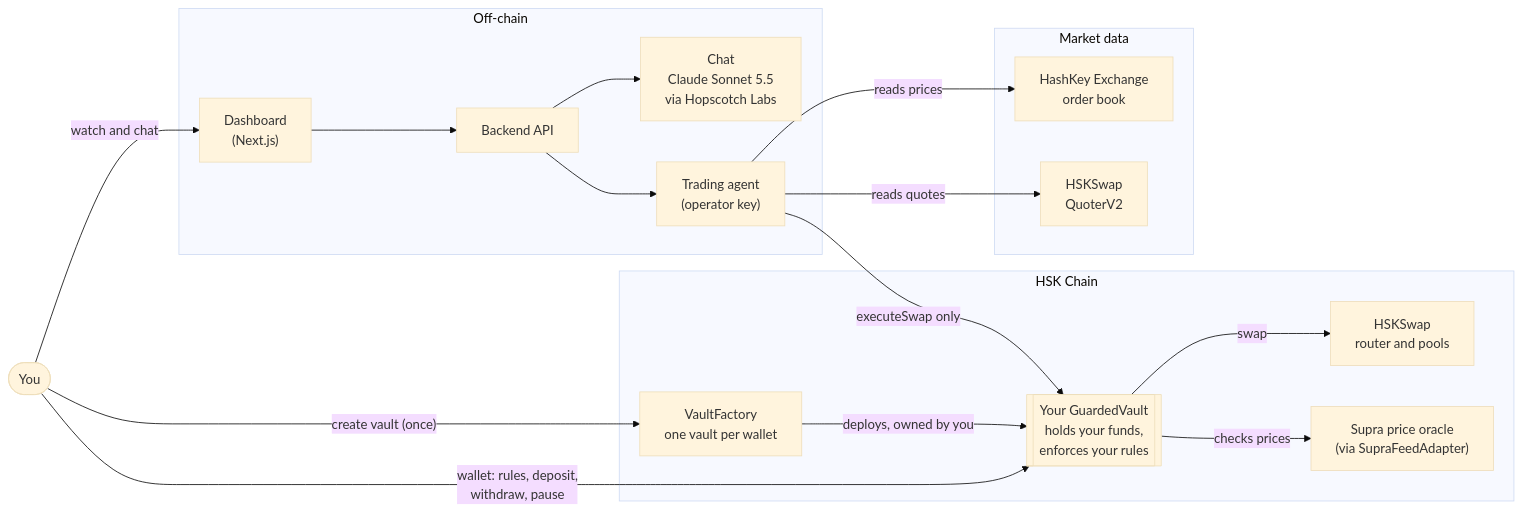
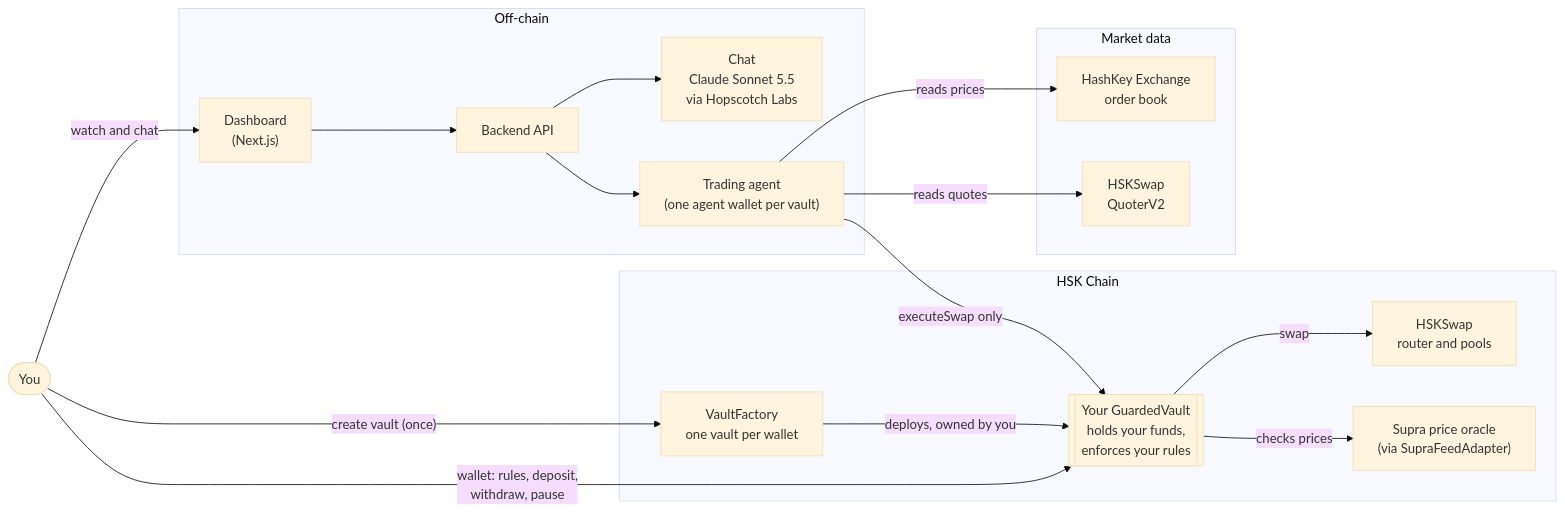
The second of 4 diagrams in README.md (AAYUSH-GUPTA-coder/Kedia), drawn with Mermaid (base theme) before and after one commit. The commit also changed other lines of this file and 23 other files, not shown here.

First line of the commit message:
Give every vault its own agent wallet, funded at creation

````diff
--- a/README.md
+++ b/README.md
@@ -63,33 +63,33 @@
 ```mermaid
 flowchart LR
     User(["You"])
     subgraph Off-chain
         UI["Dashboard<br/>(Next.js)"]
         API["Backend API"]
-        Agent["Trading agent<br/>(operator key)"]
+        Agent["Trading agent<br/>(one agent wallet per vault)"]
         Chat["Chat<br/>Claude Sonnet 5.5<br/>via Hopscotch Labs"]
     end
     subgraph Market data
         HKX["HashKey Exchange<br/>order book"]
         Quoter["HSKSwap<br/>QuoterV2"]
     end
     subgraph HSK Chain
         Factory["VaultFactory<br/>one vault per wallet"]
         Vault[["Your GuardedVault<br/>holds your funds,<br/>enforces your rules"]]
         Swap["HSKSwap<br/>router and pools"]
         Oracle["Supra price oracle<br/>(via SupraFeedAdapter)"]
     end
 
     User -- "watch and chat" --> UI
     UI --> API
     API --> Chat
     API --> Agent
     Agent -- "reads prices" --> HKX
     Agent -- "reads quotes" --> Quoter
     Agent -- "executeSwap only" --> Vault
     User -- "create vault (once)" --> Factory
     Factory -- "deploys, owned by you" --> Vault
     User -- "wallet: rules, deposit,<br/>withdraw, pause" --> Vault
     Vault -- "swap" --> Swap
     Vault -- "checks prices" --> Oracle
 ```
````
